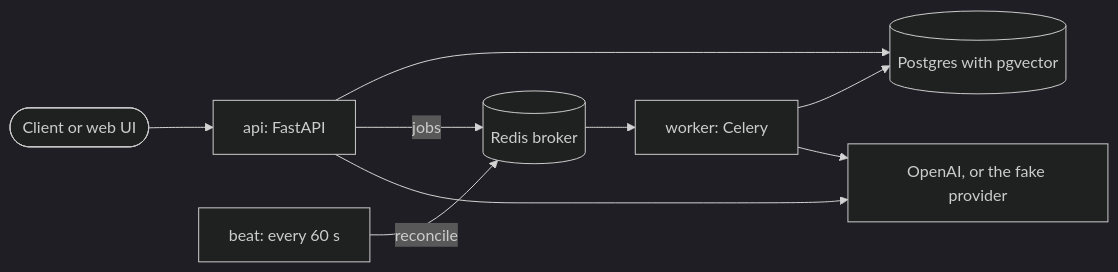
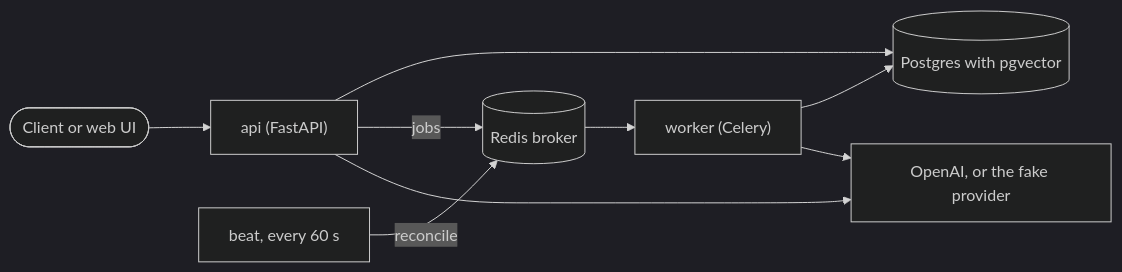
One commit to shishirmehto/doc-vault changed the diagram in README.md. Above: the diagram before and after it, drawn with Mermaid (dark theme).

Commit message:
README: quote the diagram's labels, checked by rendering it

````diff
--- a/README.md
+++ b/README.md
@@ -66,11 +66,11 @@
 ```mermaid
 flowchart LR
-  client([Client or web UI]) --> api[api: FastAPI]
-  api --> db[(Postgres with pgvector)]
-  api -- jobs --> broker[(Redis broker)]
-  broker --> worker[worker: Celery]
-  beat[beat: every 60 s] -- reconcile --> broker
+  client(["Client or web UI"]) --> api["api (FastAPI)"]
+  api --> db[("Postgres with pgvector")]
+  api -- jobs --> broker[("Redis broker")]
+  broker --> worker["worker (Celery)"]
+  beat["beat, every 60 s"] -- reconcile --> broker
   worker --> db
-  api --> ai[OpenAI, or the fake provider]
+  api --> ai["OpenAI, or the fake provider"]
   worker --> ai
 ```
````
